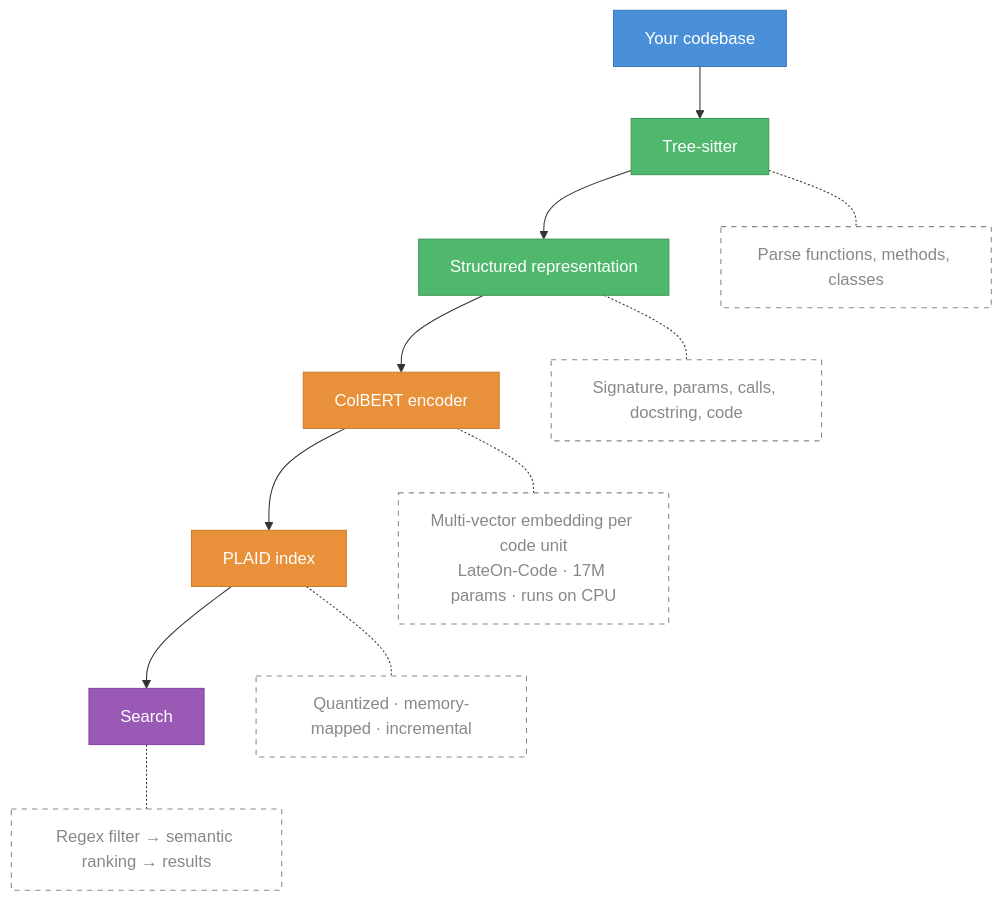
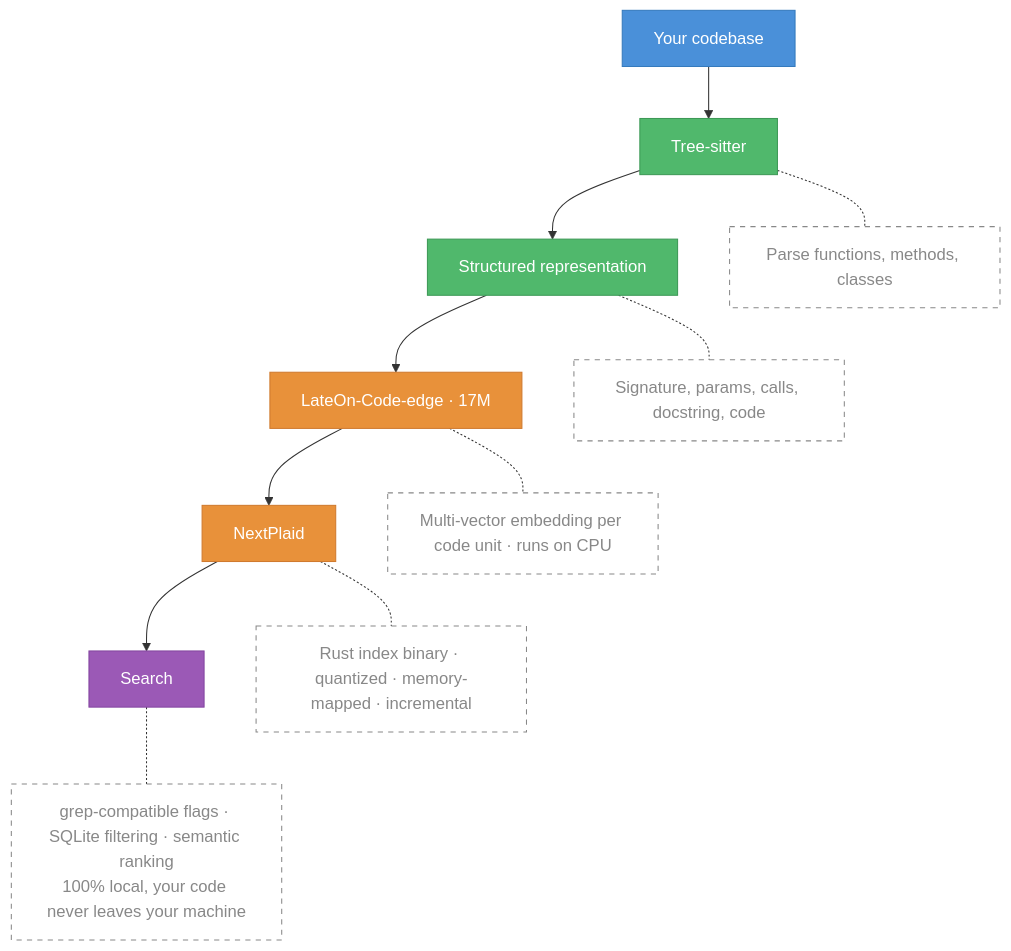
One commit to lightonai/next-plaid changed the diagram in README.md. Above: the diagram before and after it, drawn with Mermaid. The commit also changed other lines of this file, not shown here.

First line of the commit message:
Restructure README: lead with ColGREP, highlight NextPlaid features

````diff
--- a/README.md
+++ b/README.md
@@ -60,27 +60,27 @@
 ```mermaid
 flowchart TD
     A["Your codebase"] --> B["Tree-sitter"]
     B --> C["Structured representation"]
-    C --> D["ColBERT encoder"]
-    D --> E["PLAID index"]
+    C --> D["LateOn-Code-edge · 17M"]
+    D --> E["NextPlaid"]
     E --> F["Search"]
 
     B -.- B1["Parse functions, methods, classes"]
     C -.- C1["Signature, params, calls, docstring, code"]
-    D -.- D1["Multi-vector embedding per code unit
-LateOn-Code · 17M params · runs on CPU"]
-    E -.- E1["Quantized · memory-mapped · incremental"]
-    F -.- F1["Regex filter → semantic ranking → results"]
+    D -.- D1["Multi-vector embedding per code unit · runs on CPU"]
+    E -.- E1["Rust index binary · quantized · memory-mapped · incremental"]
+    F -.- F1["grep-compatible flags · SQLite filtering · semantic ranking
+100% local, your code never leaves your machine"]
 
     style A fill:#4a90d9,stroke:#357abd,color:#fff
     style B fill:#50b86c,stroke:#3d9956,color:#fff
     style C fill:#50b86c,stroke:#3d9956,color:#fff
     style D fill:#e8913a,stroke:#d07a2e,color:#fff
     style E fill:#e8913a,stroke:#d07a2e,color:#fff
     style F fill:#9b59b6,stroke:#8445a0,color:#fff
     style B1 fill:none,stroke:#888,stroke-dasharray:5 5,color:#888
     style C1 fill:none,stroke:#888,stroke-dasharray:5 5,color:#888
     style D1 fill:none,stroke:#888,stroke-dasharray:5 5,color:#888
     style E1 fill:none,stroke:#888,stroke-dasharray:5 5,color:#888
     style F1 fill:none,stroke:#888,stroke-dasharray:5 5,color:#888
 ```
````
